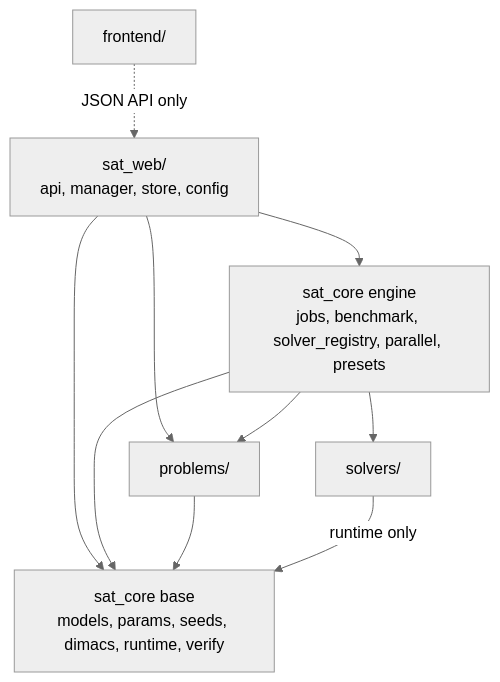
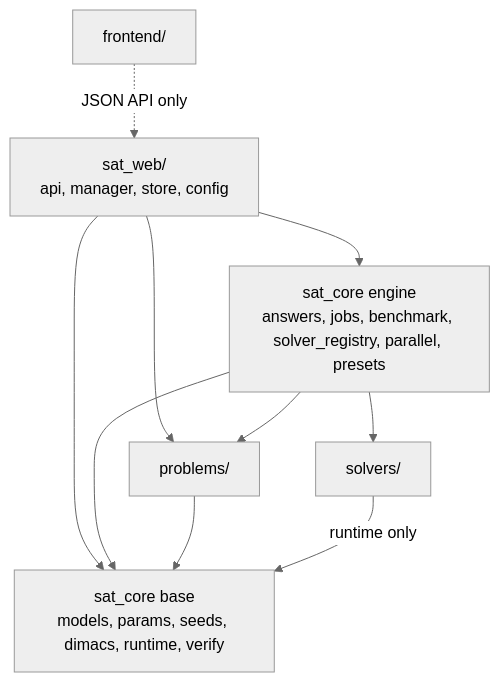
Before and after one commit to Aziyck/SATsolver: the third of 8 diagrams in docs/guide/architecture.md, drawn with Mermaid (neutral theme). The commit also changed other lines of this file and 7 other files, not shown here.

````diff
--- a/docs/guide/architecture.md
+++ b/docs/guide/architecture.md
@@ -176,19 +176,19 @@
 ```mermaid
 flowchart TD
     frontend["frontend/"]
     web["sat_web/<br/>api, manager, store, config"]
-    engine["sat_core engine<br/>jobs, benchmark, solver_registry, parallel, presets"]
+    engine["sat_core engine<br/>answers, jobs, benchmark, solver_registry, parallel, presets"]
     problems["problems/"]
     solvers["solvers/"]
     base["sat_core base<br/>models, params, seeds, dimacs, runtime, verify"]
 
     frontend -. "JSON API only" .-> web
     web --> engine
     web --> problems
     web --> base
     engine --> problems
     engine --> solvers
     engine --> base
     problems --> base
     solvers -- "runtime only" --> base
 ```
````
